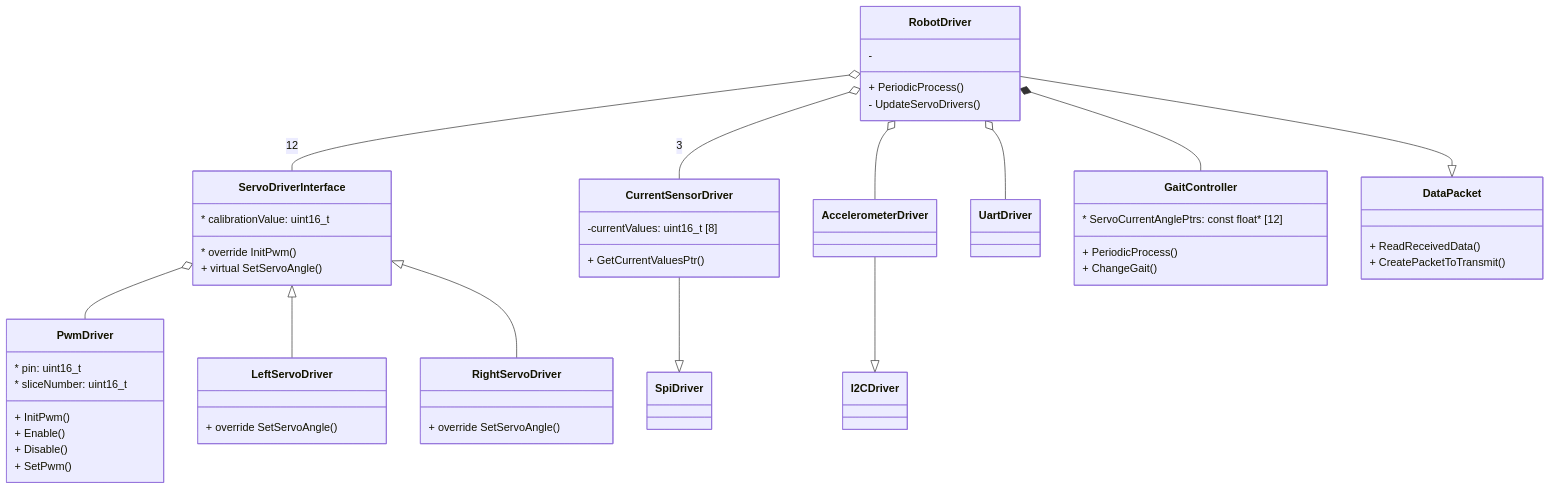
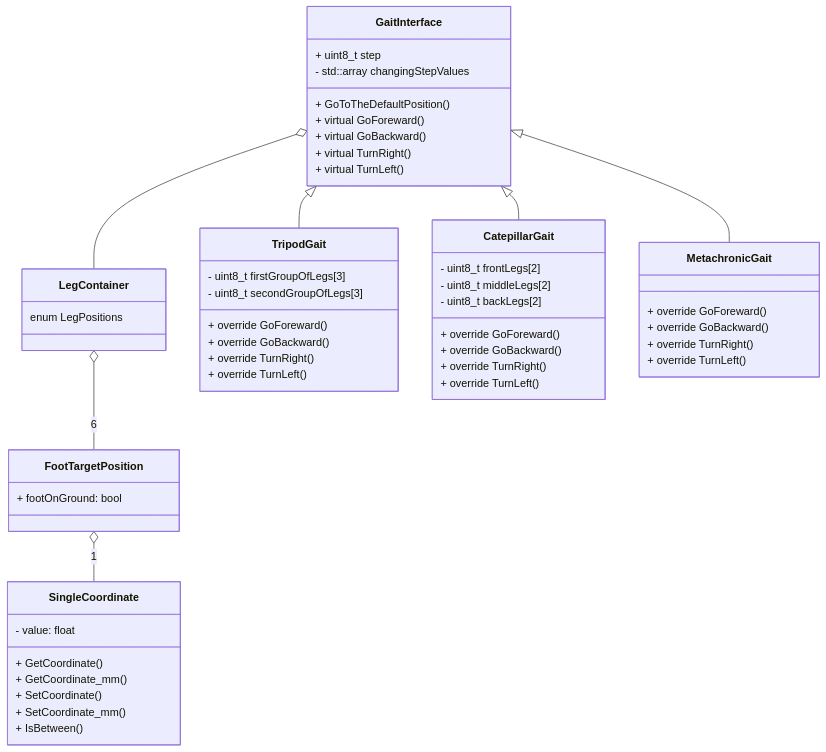
One commit to putzio/Hexapod-2.0 changed the fifth of 5 diagrams in README.md. Above: the diagram before and after it, drawn with Mermaid. The commit also changed other lines of this file, not shown here.

Commit message:
New Class diagrams

````diff
--- a/README.md
+++ b/README.md
@@ -149,65 +325,66 @@
 ```mermaid
-    classDiagram
-    %%Driver classes relations:
+classDiagram
 
-    ServoDriverInterface o-- PwmDriver
-    ServoDriverInterface <|-- LeftServoDriver
-    ServoDriverInterface <|-- RightServoDriver
-
-    CurrentSensorDriver --|> SpiDriver
-    AccelerometerDriver --|> I2CDriver
+    FootTargetPosition o-- SingleCoordinate:1
+    LegContainer o-- FootTargetPosition: 6
+    GaitInterface o-- LegContainer
 
 
-    RobotDriver o-- ServoDriverInterface: 12
-    RobotDriver o-- CurrentSensorDriver: 3
-    RobotDriver o-- AccelerometerDriver
-    RobotDriver o-- UartDriver
-    RobotDriver *-- GaitController
-    RobotDriver --|> DataPacket
+    GaitInterface <|-- TripodGait
+    GaitInterface <|-- CatepillarGait
+    GaitInterface <|-- MetachronicGait
 
-    class PwmDriver{
-        * pin: uint16_t
-        * sliceNumber: uint16_t
 
-        + InitPwm()
-        + Enable()
-        + Disable()
-        + SetPwm()
+    class LegContainer{
+        enum LegPositions
     }
 
-    class ServoDriverInterface{
-        * calibrationValue: uint16_t
-
-        * override InitPwm()
-        + virtual SetServoAngle()
-    }
-    class LeftServoDriver{
-        + override SetServoAngle()
-    }
-    class RightServoDriver{
-        + override SetServoAngle()
+    class SingleCoordinate{
+        - value: float
+        + GetCoordinate()
+        + GetCoordinate_mm()
+        + SetCoordinate()
+        + SetCoordinate_mm()
+        + IsBetween()
     }
 
-    class CurrentSensorDriver{
-        -currentValues: uint16_t [8]
-
-        + GetCurrentValuesPtr()
+    class FootTargetPosition{
+        + footOnGround: bool
     }
 
-    class GaitController{
-        * ServoCurrentAnglePtrs: const float* [12]
-        + PeriodicProcess()
-        + ChangeGait()
+    class GaitInterface{
+        + uint8_t step
+        - std::array<float, 2> changingStepValues
+
+        + GoToTheDefaultPosition()
+        + virtual GoForeward()
+        + virtual GoBackward()
+        + virtual TurnRight()
+        + virtual TurnLeft()
     }
+    class TripodGait{
+        - uint8_t firstGroupOfLegs[3]
+        - uint8_t secondGroupOfLegs[3]
 
-    class RobotDriver{
-        + PeriodicProcess()
-        - UpdateServoDrivers()
-        -
+        + override GoForeward()
+        + override GoBackward()
+        + override TurnRight()
+        + override TurnLeft()
     }
+    class CatepillarGait{
+        - uint8_t frontLegs[2]
+        - uint8_t middleLegs[2]
+        - uint8_t backLegs[2]
 
-    class DataPacket{
-        + ReadReceivedData()
-        + CreatePacketToTransmit()
+        + override GoForeward()
+        + override GoBackward()
+        + override TurnRight()
+        + override TurnLeft()
+    }
+    class MetachronicGait{
+        + override GoForeward()
+        + override GoBackward()
+        + override TurnRight()
+        + override TurnLeft()
     }
 ```
````
